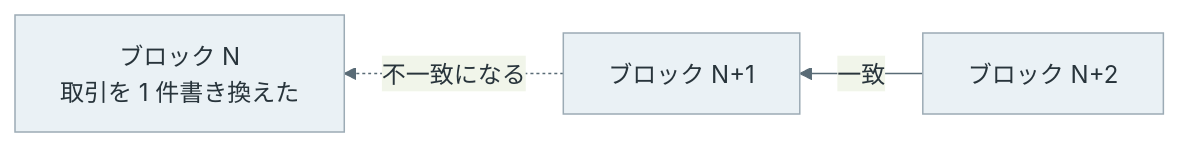
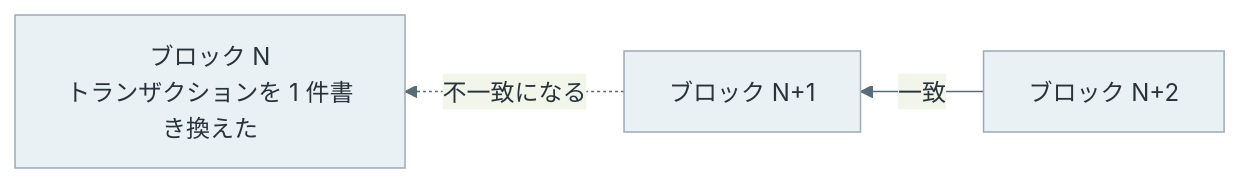
The third of 3 diagrams in content/notes/blockchain-systems/bitcoin-block/index.md (nao1215/debimate), drawn with Mermaid before and after one commit. The commit also changed other lines of this file and 12 other files, not shown here.

````diff
--- a/content/notes/blockchain-systems/bitcoin-block/index.md
+++ b/content/notes/blockchain-systems/bitcoin-block/index.md
@@ -189,7 +189,7 @@
 ```mermaid
 %%{init: {"theme":"base","themeVariables":{"primaryColor":"#eaf1f5","primaryTextColor":"#28343b","primaryBorderColor":"#9cabb5","lineColor":"#596b76","textColor":"#28343b","actorBkg":"#eaf1f5","actorBorder":"#9cabb5","actorTextColor":"#28343b","actorLineColor":"#9cabb5","signalColor":"#596b76","signalTextColor":"#28343b","noteBkgColor":"#f7f1e5","noteBorderColor":"#c5b99b","noteTextColor":"#403c32","activationBkgColor":"#edf3ef","activationBorderColor":"#9aafa1"}}}%%
 flowchart RL
     B3["ブロック N+2"] -->|"一致"| B2["ブロック N+1"]
-    B2 -.->|"不一致になる"| B1["ブロック N<br/>取引を 1 件書き換えた"]
+    B2 -.->|"不一致になる"| B1["ブロック N<br/>トランザクションを 1 件書き換えた"]
     classDef default fill:#eaf1f5,stroke:#9cabb5,color:#28343b;
 ```
````
